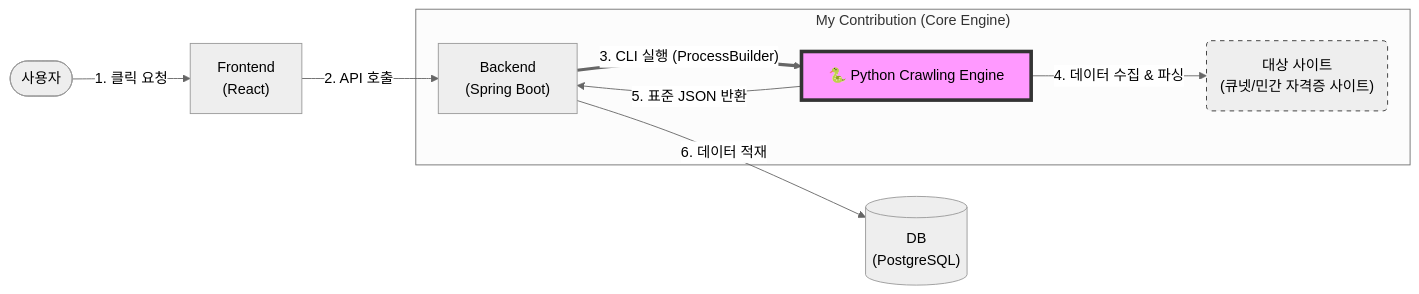
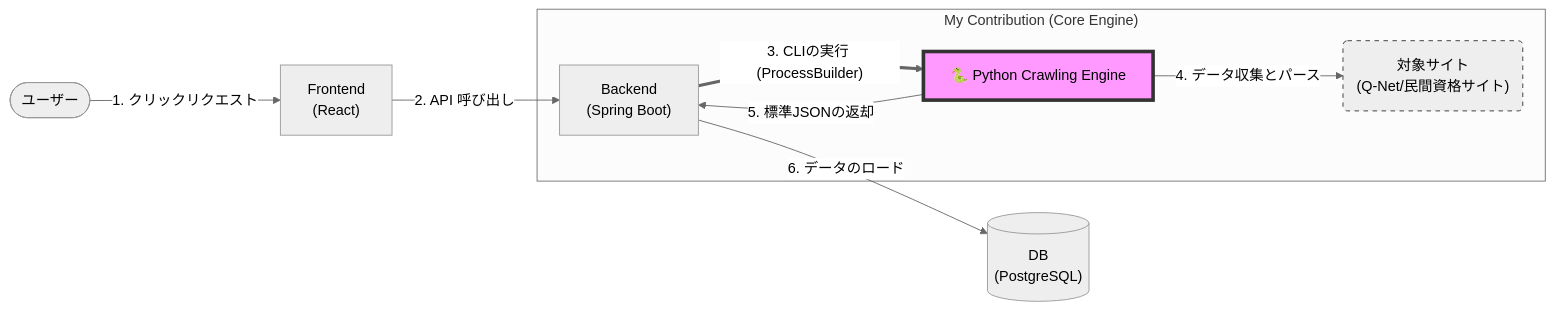
The diagram in README.md (1jihoon/Crawling_Engine), drawn with Mermaid (neutral theme) before and after one commit. The commit also changed other lines of this file, not shown here.

````diff
--- a/README.md
+++ b/README.md
@@ -96,16 +91,16 @@
 ```mermaid
 flowchart LR
-    User([사용자]) -->|1. 클릭 요청| Client["Frontend<br/>(React)"]
-    Client -->|2. API 호출| Server["Backend<br/>(Spring Boot)"]
+    User([ユーザー]) -->|1. クリックリクエスト| Client["Frontend<br/>(React)"]
+    Client -->|2. API 呼び出し| Server["Backend<br/>(Spring Boot)"]
     
     subgraph "My Contribution (Core Engine)"
-    Server == "3. CLI 실행 (ProcessBuilder)" ==> Python["🐍 Python Crawling Engine"]
-    Python -->|4. 데이터 수집 & 파싱| Sites("대상 사이트<br/>(큐넷/민간 자격증 사이트)")
+    Server == "3. CLIの実行 (ProcessBuilder)" ==> Python["🐍 Python Crawling Engine"]
+    Python -->|4. データ収集とパース| Sites("対象サイト<br/>(Q-Net/民間資格サイト)")
     end
     
-    Python -- "5. 표준 JSON 반환" --> Server
-    Server -->|6. 데이터 적재| DB[("DB<br/>(PostgreSQL)")]
+    Python -- "5. 標準JSONの返却" --> Server
+    Server -->|6. データのロード| DB[("DB<br/>(PostgreSQL)")]
     
     style Python fill:#f9f,stroke:#333,stroke-width:4px,color:black
     style Sites fill:#eee,stroke:#333,stroke-dasharray: 5 5
 ```
````
